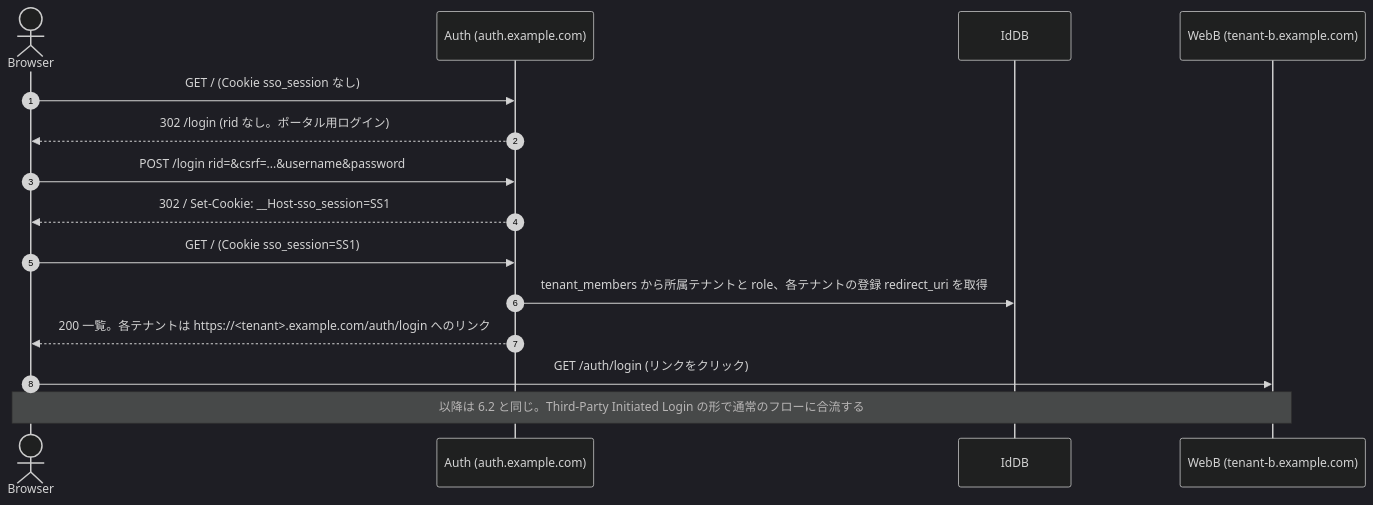
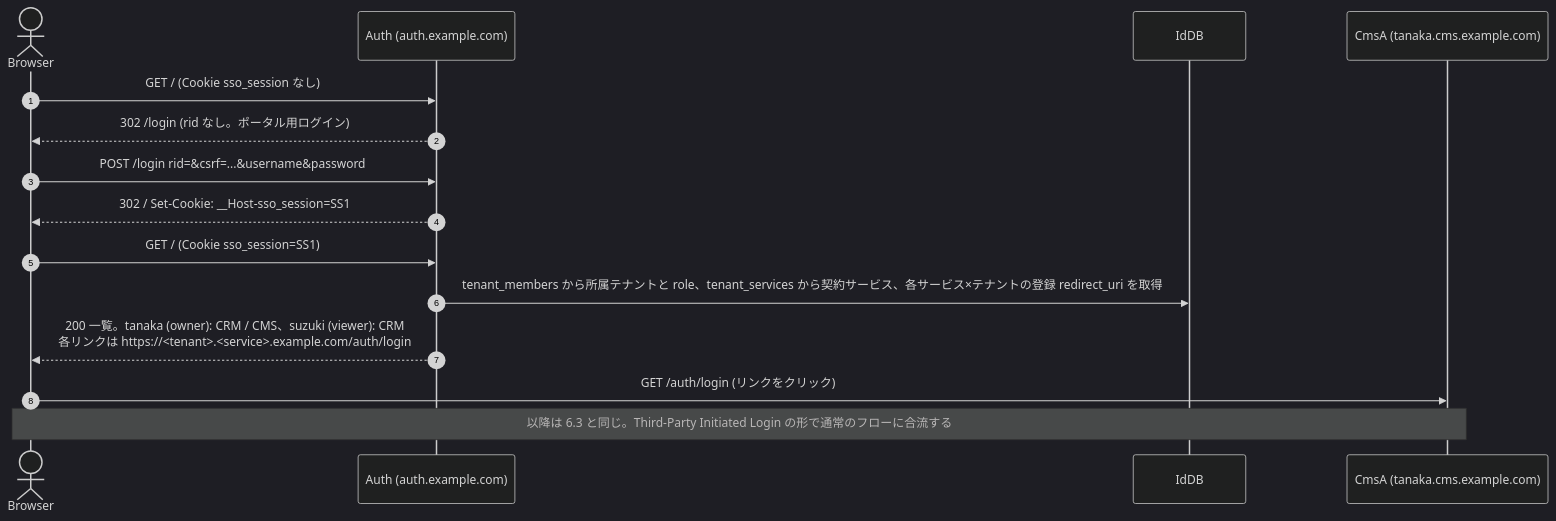
Before and after one commit to daisuke-tanabe/multi-domain-sandbox: the ninth of 10 diagrams in docs/integration-guide.md, drawn with Mermaid (dark theme). The commit also changed other lines of this file and 62 other files, not shown here.

````diff
--- a/docs/integration-guide.md
+++ b/docs/integration-guide.md
@@ -638,18 +767,18 @@
 ```mermaid
 sequenceDiagram
     autonumber
     actor Browser
     participant Auth as Auth (auth.example.com)
     participant IdDB
-    participant WebB as WebB (tenant-b.example.com)
+    participant CmsA as CmsA (tanaka.cms.example.com)
 
     Browser->>Auth: GET / (Cookie sso_session なし)
     Auth-->>Browser: 302 /login (rid なし。ポータル用ログイン)
     Browser->>Auth: POST /login rid=&csrf=...&username&password
     Auth-->>Browser: 302 /  Set-Cookie: __Host-sso_session=SS1
     Browser->>Auth: GET / (Cookie sso_session=SS1)
-    Auth->>IdDB: tenant_members から所属テナントと role、各テナントの登録 redirect_uri を取得
-    Auth-->>Browser: 200 一覧。各テナントは https://<tenant>.example.com/auth/login へのリンク
-    Browser->>WebB: GET /auth/login (リンクをクリック)
-    Note over Browser,WebB: 以降は 6.2 と同じ。Third-Party Initiated Login の形で通常のフローに合流する
+    Auth->>IdDB: tenant_members から所属テナントと role、tenant_services から契約サービス、各サービス×テナントの登録 redirect_uri を取得
+    Auth-->>Browser: 200 一覧。tanaka (owner): CRM / CMS、suzuki (viewer): CRM<br/>各リンクは https://<tenant>.<service>.example.com/auth/login
+    Browser->>CmsA: GET /auth/login (リンクをクリック)
+    Note over Browser,CmsA: 以降は 6.3 と同じ。Third-Party Initiated Login の形で通常のフローに合流する
 ```
````
